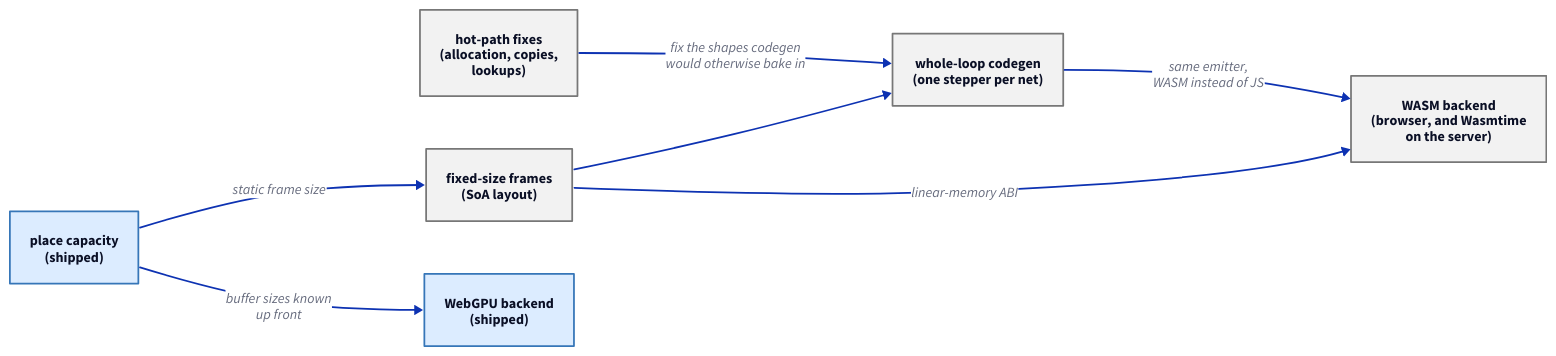
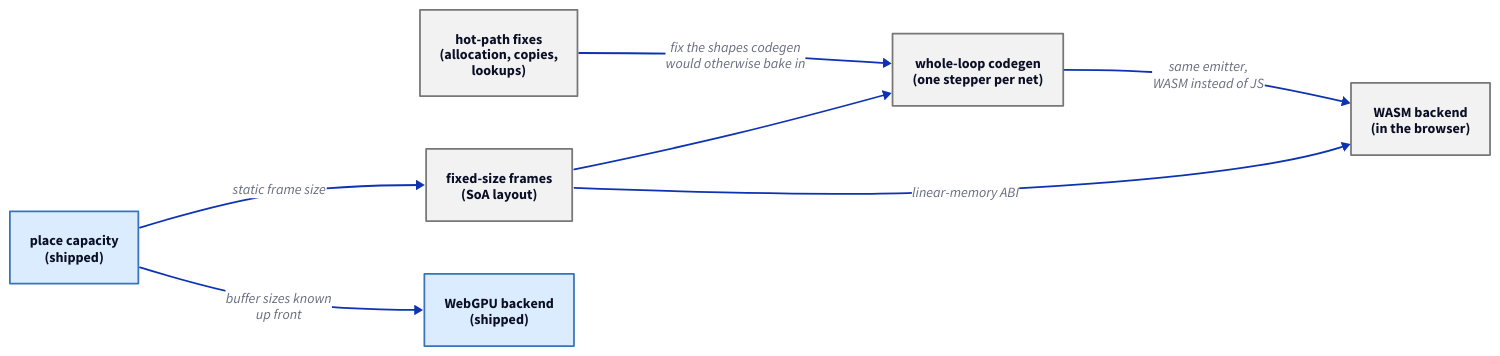
One commit to hashintel/hash changed the diagram in libs/@local/petrinaut-arch-docs/content/diagrams/performance-roadmap.d2. Above: the diagram before and after it, drawn with D2. The commit also changed 266 other files, not shown here.

```diff
--- a/libs/@local/petrinaut-arch-docs/content/diagrams/performance-roadmap.d2
+++ b/libs/@local/petrinaut-arch-docs/content/diagrams/performance-roadmap.d2
@@ -1,16 +1,16 @@
 # Hand-written; rendered by the arch-docs build. Palette matches src/emit/d2.ts.
 direction: right
 
 hotpath: "hot-path fixes\n(allocation, copies,\nlookups)" {style.fill: "#f2f2f2"; style.stroke: "#777777"}
 capacity: "place capacity\n(shipped)" {style.fill: "#dcecff"; style.stroke: "#3676b8"}
 frames: "fixed-size frames\n(SoA layout)" {style.fill: "#f2f2f2"; style.stroke: "#777777"}
 codegen: "whole-loop codegen\n(one stepper per net)" {style.fill: "#f2f2f2"; style.stroke: "#777777"}
-wasm: "WASM backend\n(browser, and Wasmtime\non the server)" {style.fill: "#f2f2f2"; style.stroke: "#777777"}
+wasm: "WASM backend\n(in the browser)" {style.fill: "#f2f2f2"; style.stroke: "#777777"}
 gpu: "WebGPU backend\n(shipped)" {style.fill: "#dcecff"; style.stroke: "#3676b8"}
 
 hotpath -> codegen: "fix the shapes codegen\nwould otherwise bake in"
 capacity -> frames: "static frame size"
 frames -> codegen
 frames -> wasm: "linear-memory ABI"
 codegen -> wasm: "same emitter,\nWASM instead of JS"
 capacity -> gpu: "buffer sizes known\nup front"
```
